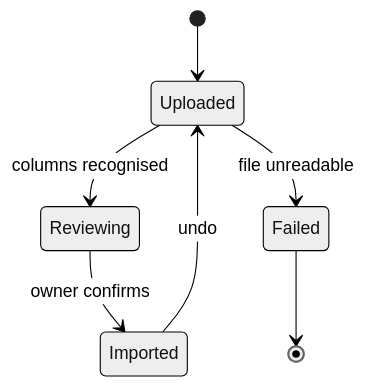
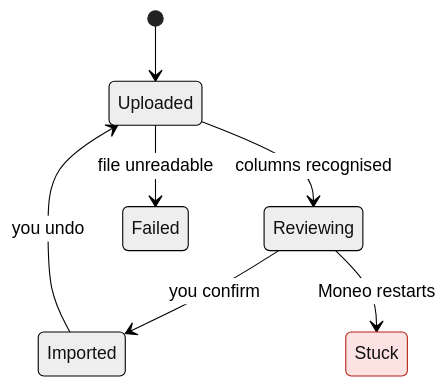
One commit to indkhan/Moneo changed the diagram in .agents/skills/state-chart/SKILL.md. Above: the diagram before and after it, drawn with Mermaid (neutral theme). The commit also changed other lines of this file and 12 other files, not shown here.

````diff
--- a/.agents/skills/state-chart/SKILL.md
+++ b/.agents/skills/state-chart/SKILL.md
@@ -23,9 +29,11 @@
    ```mermaid
    stateDiagram-v2
+     classDef breaks fill:#fde2e2,stroke:#b42318
      [*] --> Uploaded
      Uploaded --> Reviewing: columns recognised
      Uploaded --> Failed: file unreadable
-     Reviewing --> Imported: owner confirms
-     Imported --> Uploaded: undo
-     Failed --> [*]
+     Reviewing --> Imported: you confirm
+     Imported --> Uploaded: you undo
+     Reviewing --> Stuck: Moneo restarts
+     class Stuck breaks
    ```
````
